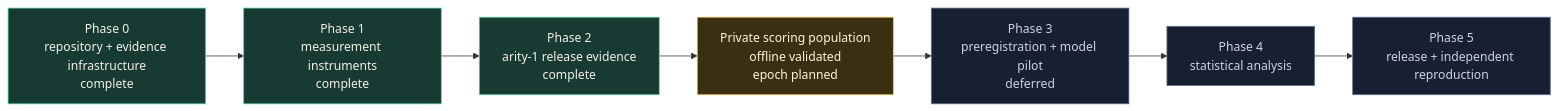
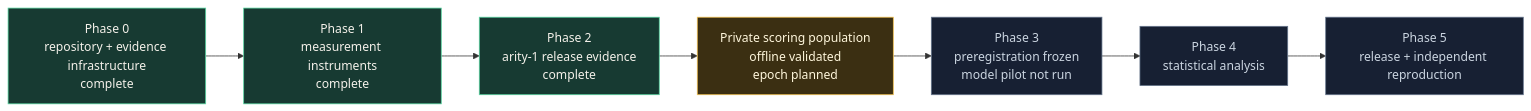
Before and after one commit to muend/benchfck: the first of 3 diagrams in README.md, drawn with Mermaid. The commit also changed other lines of this file and 7 other files, not shown here.

Commit message:
docs: freeze model pilot preregistration (#19)

````diff
--- a/README.md
+++ b/README.md
@@ -29,15 +29,15 @@
 ```mermaid
 flowchart LR
     P0["Phase 0<br/>repository + evidence infrastructure<br/>complete"] --> P1["Phase 1<br/>measurement instruments<br/>complete"]
     P1 --> P2["Phase 2<br/>arity-1 release evidence<br/>complete"]
     P2 --> PE["Private scoring population<br/>offline validated<br/>epoch planned"]
-    PE --> P3["Phase 3<br/>preregistration + model pilot<br/>deferred"]
+    PE --> P3["Phase 3<br/>preregistration frozen<br/>model pilot not run"]
     P3 --> P4["Phase 4<br/>statistical analysis"]
     P4 --> P5["Phase 5<br/>release + independent reproduction"]
     classDef complete fill:#173a32,stroke:#55d6a0,color:#f4f1ea;
     classDef staged fill:#3b2f12,stroke:#f2c14e,color:#fff7dc;
     classDef pending fill:#172033,stroke:#64748b,color:#cbd5e1;
     class P0,P1,P2 complete;
     class PE staged;
     class P3,P4,P5 pending;
 ```
````
